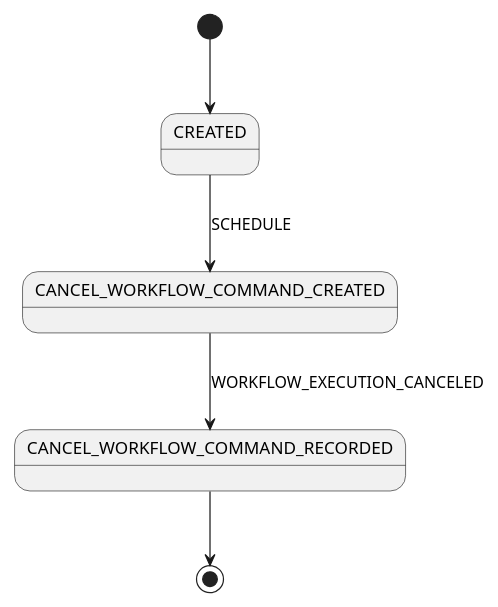
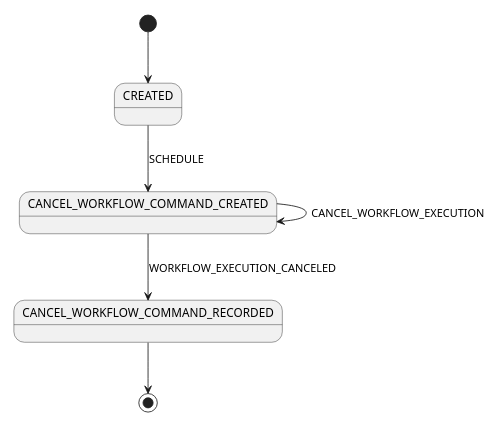
Before and after one commit to mfateev/temporal-java-sdk: the diagram in src/main/java/io/temporal/internal/csm/CancelWorkflowCommands.puml, drawn with PlantUML. The commit also changed 35 other files, not shown here.

```diff
--- a/src/main/java/io/temporal/internal/csm/CancelWorkflowCommands.puml
+++ b/src/main/java/io/temporal/internal/csm/CancelWorkflowCommands.puml
@@ -21,7 +21,8 @@
 @startuml
 scale 350 width
 [*] --> CREATED
 CREATED --> CANCEL_WORKFLOW_COMMAND_CREATED: SCHEDULE
+CANCEL_WORKFLOW_COMMAND_CREATED --> CANCEL_WORKFLOW_COMMAND_CREATED: CANCEL_WORKFLOW_EXECUTION
 CANCEL_WORKFLOW_COMMAND_CREATED --> CANCEL_WORKFLOW_COMMAND_RECORDED: WORKFLOW_EXECUTION_CANCELED
 CANCEL_WORKFLOW_COMMAND_RECORDED --> [*]
 @enduml
```
